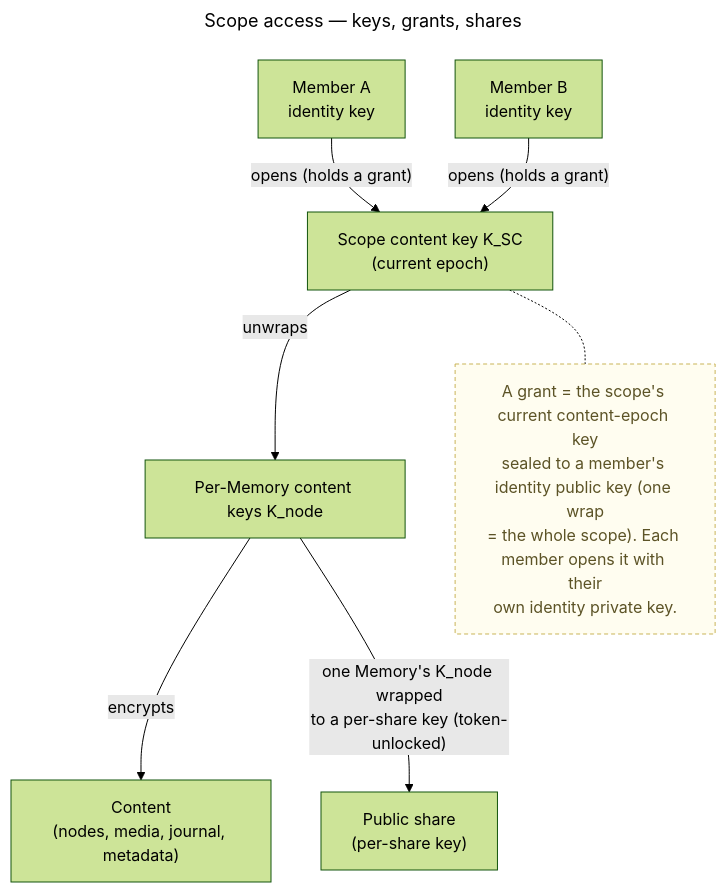
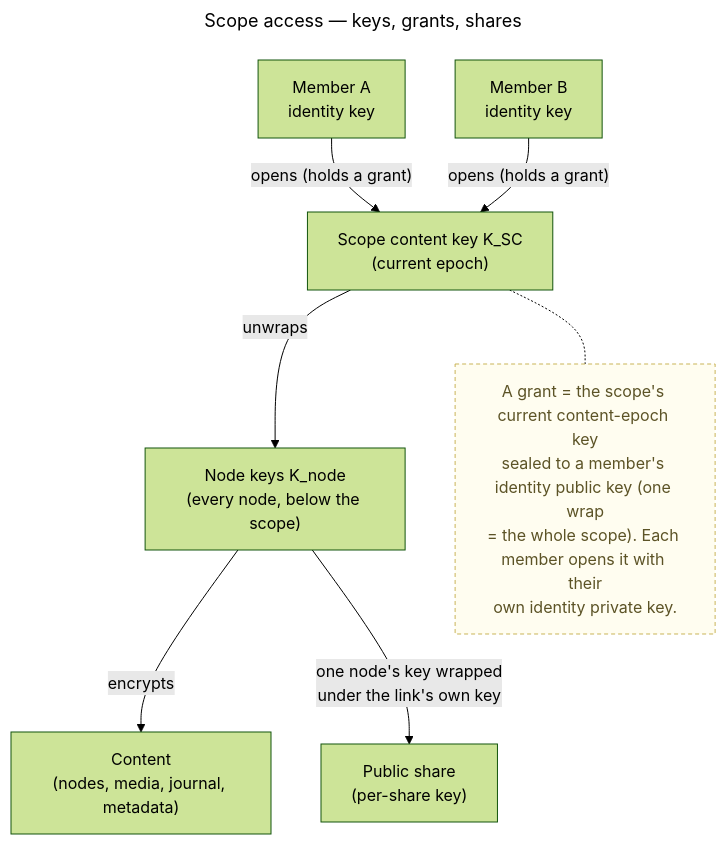
Before and after one commit to raddatzk/veyq: the diagram in docs/crosscutting/scopes-and-tenancy.md, drawn with Mermaid (forest theme). The commit also changed other lines of this file and 29 other files, not shown here.

````diff
--- a/docs/crosscutting/scopes-and-tenancy.md
+++ b/docs/crosscutting/scopes-and-tenancy.md
@@ -87,23 +89,23 @@
 ```mermaid
 ---
 title: Scope access — keys, grants, shares
 ---
 flowchart TB
   ma["Member A<br>identity key"]
   mb["Member B<br>identity key"]
   ksc["Scope content key K_SC<br>(current epoch)"]
-  knode["Per-Memory content keys K_node"]
+  knode["Node keys K_node<br>(every node, below the scope)"]
   content["Content<br>(nodes, media, journal, metadata)"]
   share["Public share<br>(per-share key)"]
   NB["A grant = the scope's current content-epoch key<br>sealed to a member's identity public key (one wrap<br>= the whole scope). Each member opens it with their<br>own identity private key."]
 
   ma -->|"opens (holds a grant)"| ksc
   mb -->|"opens (holds a grant)"| ksc
   ksc -->|"unwraps"| knode
   knode -->|"encrypts"| content
-  knode -->|"one Memory's K_node wrapped<br>to a per-share key (token-unlocked)"| share
+  knode -->|"one node's key wrapped<br>under the link's own key"| share
   ksc -.- NB
 
   classDef note fill:#fffdf0,stroke:#c9b458,stroke-dasharray:4 3,color:#5c5326
   class NB note
 ```
````
